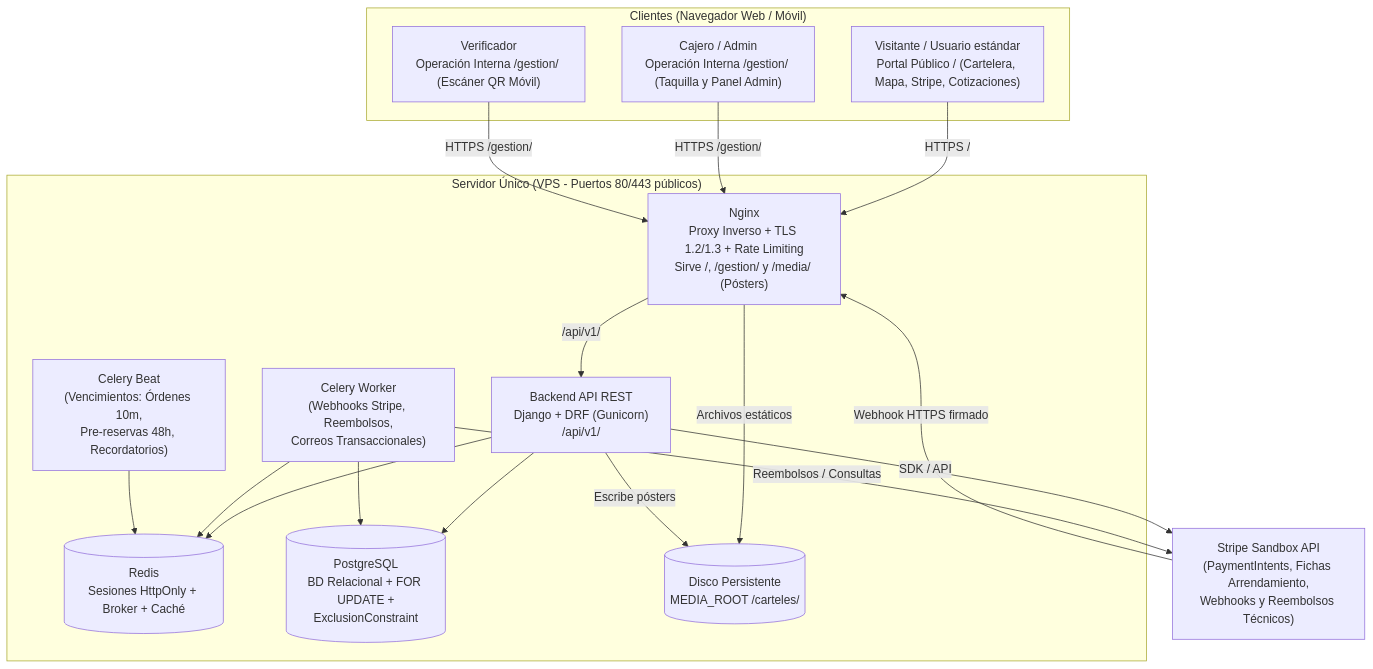
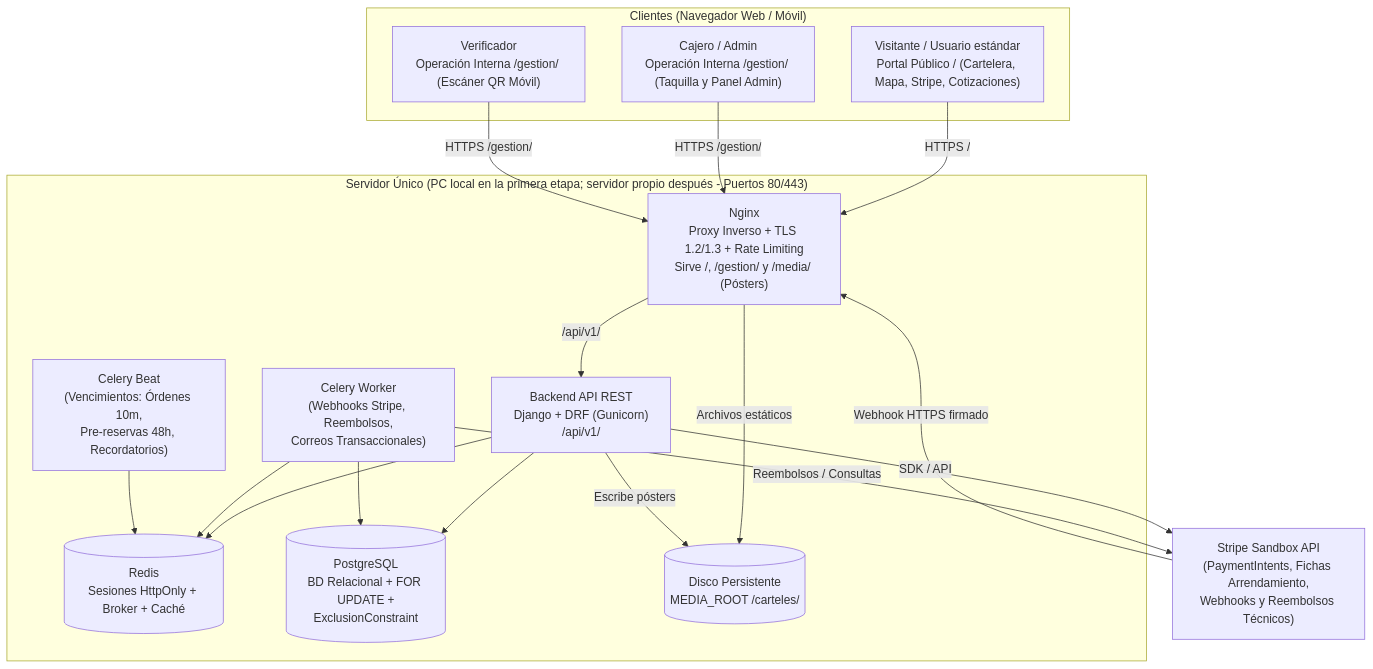
Before and after one commit to AntonioVargas97/Teatro: the first of 5 diagrams in docs/arquitectura.md, drawn with Mermaid. The commit also changed other lines of this file and 29 other files, not shown here.

````diff
--- a/docs/arquitectura.md
+++ b/docs/arquitectura.md
@@ -23,38 +25,38 @@
 ```mermaid
 flowchart TB
     subgraph Clientes["Clientes (Navegador Web / Móvil)"]
         WebPublico["Visitante / Usuario estándar\nPortal Público / (Cartelera, Mapa, Stripe, Cotizaciones)"]
         Taquilla["Cajero / Admin\nOperación Interna /gestion/ (Taquilla y Panel Admin)"]
         MovilQR["Verificador\nOperación Interna /gestion/ (Escáner QR Móvil)"]
     end
 
-    subgraph VPS["Servidor Único (VPS - Puertos 80/443 públicos)"]
+    subgraph SRV["Servidor Único (PC local en la primera etapa; servidor propio después - Puertos 80/443)"]
         Nginx["Nginx\nProxy Inverso + TLS 1.2/1.3 + Rate Limiting\nSirve /, /gestion/ y /media/ (Pósters)"]
         Django["Backend API REST\nDjango + DRF (Gunicorn)\n/api/v1/"]
         CeleryW["Celery Worker\n(Webhooks Stripe, Reembolsos,\nCorreos Transaccionales)"]
         CeleryB["Celery Beat\n(Vencimientos: Órdenes 10m,\nPre-reservas 48h, Recordatorios)"]
         Redis[("Redis\nSesiones HttpOnly + Broker + Caché")]
         PG[("PostgreSQL\nBD Relacional + FOR UPDATE +\nExclusionConstraint")]
         Media[("Disco Persistente\nMEDIA_ROOT /carteles/")]
     end
 
     Stripe["Stripe Sandbox API\n(PaymentIntents, Fichas Arrendamiento,\nWebhooks y Reembolsos Técnicos)"]
 
     WebPublico -->|HTTPS /| Nginx
     Taquilla -->|HTTPS /gestion/| Nginx
     MovilQR -->|HTTPS /gestion/| Nginx
 
     Nginx -->|Archivos estáticos| Media
     Nginx -->|/api/v1/| Django
     Stripe -->|Webhook HTTPS firmado| Nginx
 
     Django --> PG
     Django --> Redis
     Django -->|SDK / API| Stripe
     Django -->|Escribe pósters| Media
 
     CeleryW --> Redis
     CeleryW --> PG
     CeleryW -->|Reembolsos / Consultas| Stripe
     CeleryB --> Redis
 ```
````
